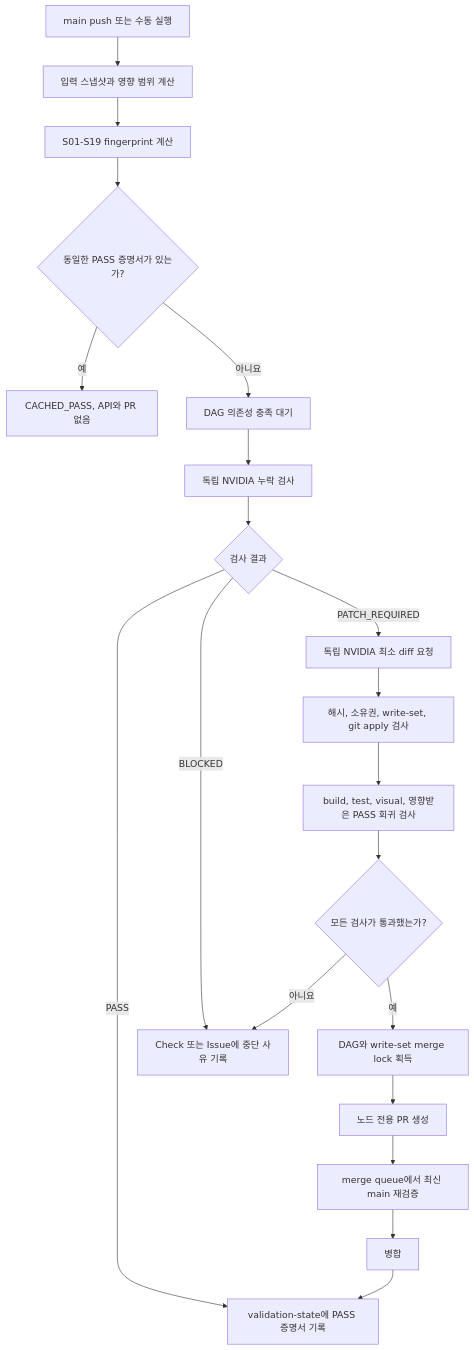
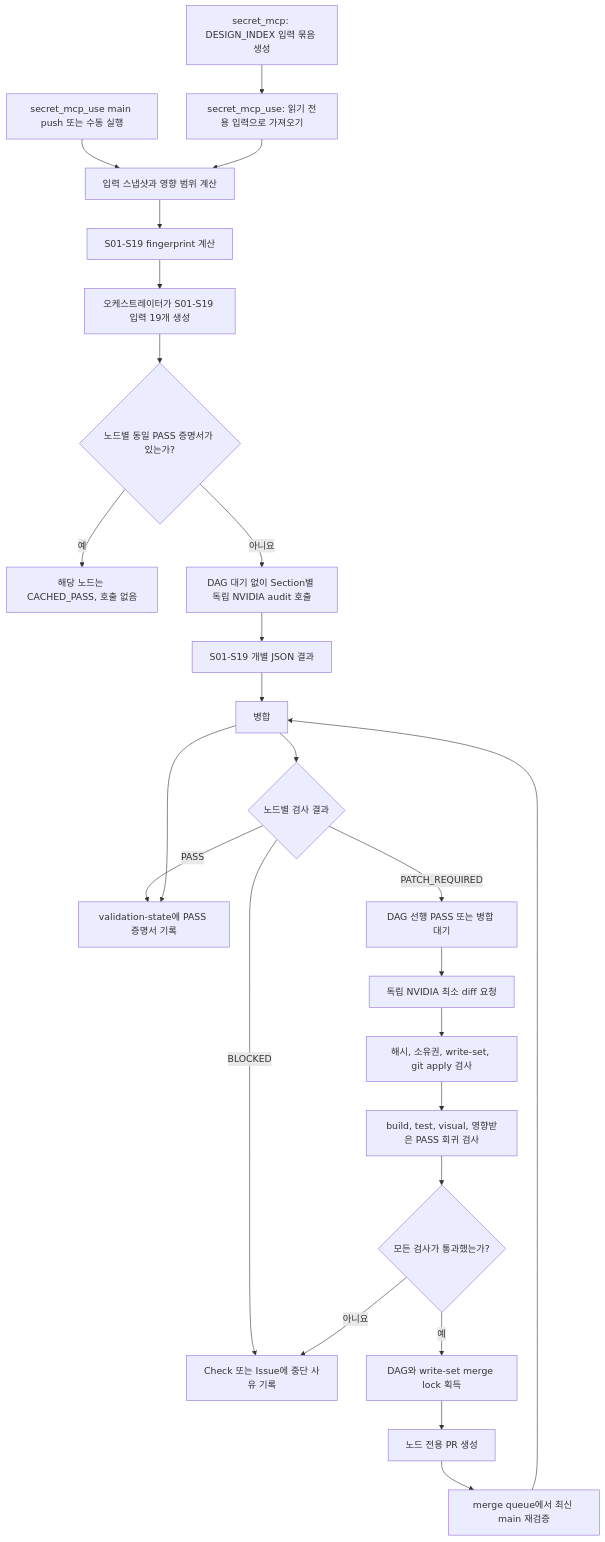
The diagram in IDEA_VALIDATION_AND_PR_PIPELINE.ko.md (yyeongjin/secret_mcp_use), drawn with Mermaid before and after one commit. The commit also changed other lines of this file, not shown here.

````diff
--- a/IDEA_VALIDATION_AND_PR_PIPELINE.ko.md
+++ b/IDEA_VALIDATION_AND_PR_PIPELINE.ko.md
@@ -64,22 +90,27 @@
 ```mermaid
 flowchart TD
-    Push["main push 또는 수동 실행"] --> Snapshot["입력 스냅샷과 영향 범위 계산"]
+    Producer["secret_mcp: DESIGN_INDEX 입력 묶음 생성"] --> Import["secret_mcp_use: 읽기 전용 입력으로 가져오기"]
+    Push["secret_mcp_use main push 또는 수동 실행"] --> Snapshot["입력 스냅샷과 영향 범위 계산"]
+    Import --> Snapshot
     Snapshot --> Fingerprint["S01-S19 fingerprint 계산"]
-    Fingerprint --> Cache{"동일한 PASS 증명서가 있는가?"}
-    Cache -->|예| Cached["CACHED_PASS, API와 PR 없음"]
-    Cache -->|아니요| Ready["DAG 의존성 충족 대기"]
-    Ready --> Audit["독립 NVIDIA 누락 검사"]
-    Audit --> Verdict{"검사 결과"}
+    Fingerprint --> Fanout["오케스트레이터가 S01-S19 입력 19개 생성"]
+    Fanout --> Cache{"노드별 동일 PASS 증명서가 있는가?"}
+    Cache -->|예| Cached["해당 노드는 CACHED_PASS, 호출 없음"]
+    Cache -->|아니요| Audit["DAG 대기 없이 Section별 독립 NVIDIA audit 호출"]
+    Audit --> Results["S01-S19 개별 JSON 결과"]
+    Results --> Merge["코드가 schema 검증, 정렬, 중복 제거 후 병합"]
+    Merge --> Verdict{"노드별 검사 결과"}
     Verdict -->|PASS| Attest["validation-state에 PASS 증명서 기록"]
     Verdict -->|BLOCKED| Check["Check 또는 Issue에 중단 사유 기록"]
-    Verdict -->|PATCH_REQUIRED| Patch["독립 NVIDIA 최소 diff 요청"]
+    Verdict -->|PATCH_REQUIRED| DependencyGate["DAG 선행 PASS 또는 병합 대기"]
+    DependencyGate --> Patch["독립 NVIDIA 최소 diff 요청"]
     Patch --> Guard["해시, 소유권, write-set, git apply 검사"]
     Guard --> Verify["build, test, visual, 영향받은 PASS 회귀 검사"]
     Verify --> Safe{"모든 검사가 통과했는가?"}
     Safe -->|아니요| Check
     Safe -->|예| Lock["DAG와 write-set merge lock 획득"]
     Lock --> PR["노드 전용 PR 생성"]
     PR --> Queue["merge queue에서 최신 main 재검증"]
     Queue --> Merge["병합"]
     Merge --> Attest
 ```
````
